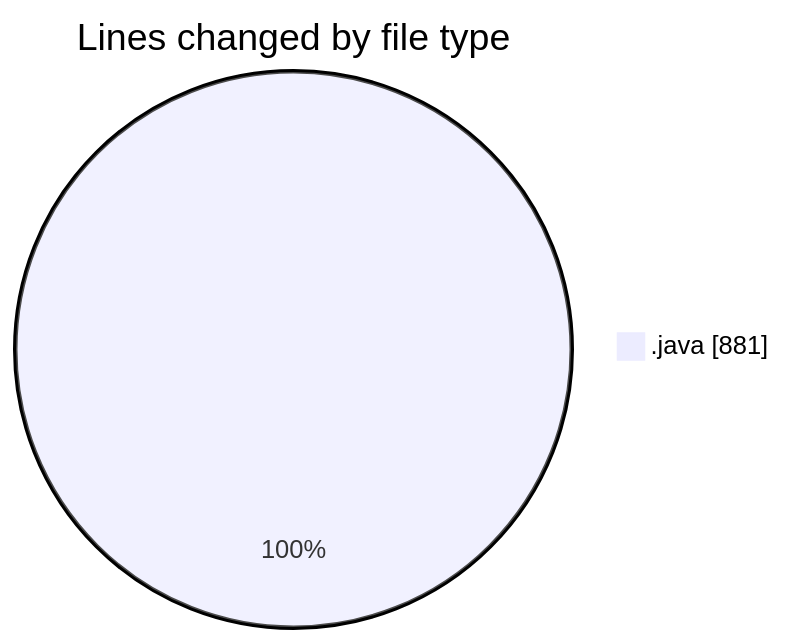
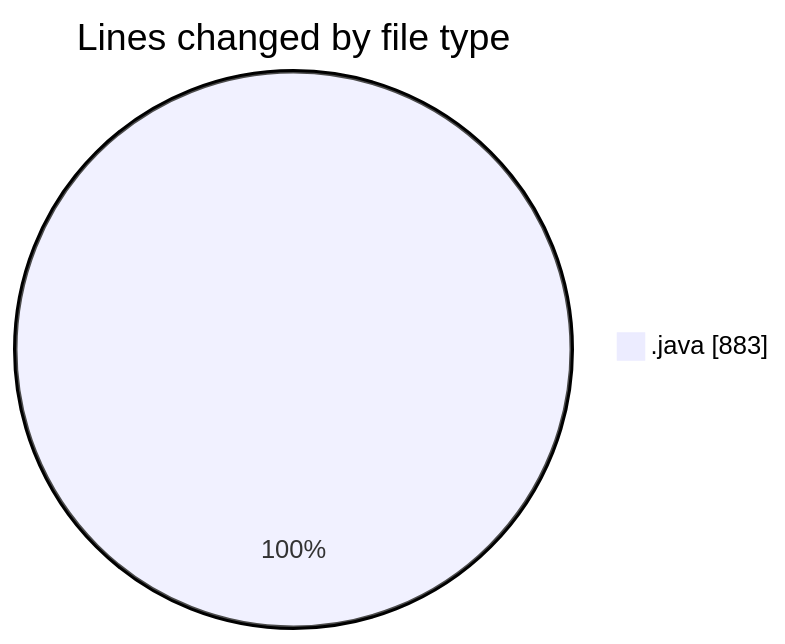
The first of 2 diagrams in 2025-02-21/projet/README.md (Elitesun/code-tracking), drawn with Mermaid before and after one commit. The commit also changed other lines of this file and 1 other file, not shown here.

````diff
--- a/2025-02-21/projet/README.md
+++ b/2025-02-21/projet/README.md
@@ -26,5 +26,5 @@
 ```mermaid
 pie showData
 title Lines changed by file type
-".java" : 881
+".java" : 883
 ```
````
